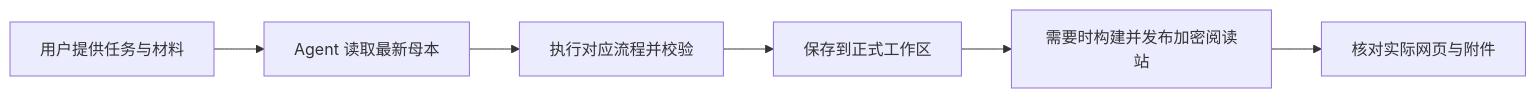
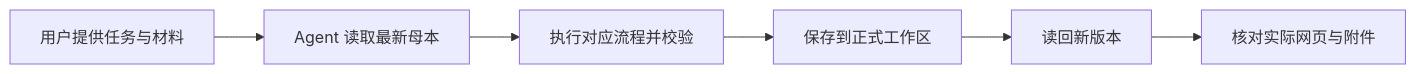
The diagram in docs/使用方案.md (chenyiwang325-droid/toudi-with-codex), drawn with Mermaid before and after one commit. The commit also changed other lines of this file and 6 other files, not shown here.

````diff
--- a/docs/使用方案.md
+++ b/docs/使用方案.md
@@ -33,8 +33,8 @@
 ```mermaid
 flowchart LR
   A[用户提供任务与材料] --> B[Agent 读取最新母本]
   B --> C[执行对应流程并校验]
   C --> D[保存到正式工作区]
-  D --> E[需要时构建并发布加密阅读站]
+  D --> E[读回新版本]
   E --> F[核对实际网页与附件]
 ```
````
